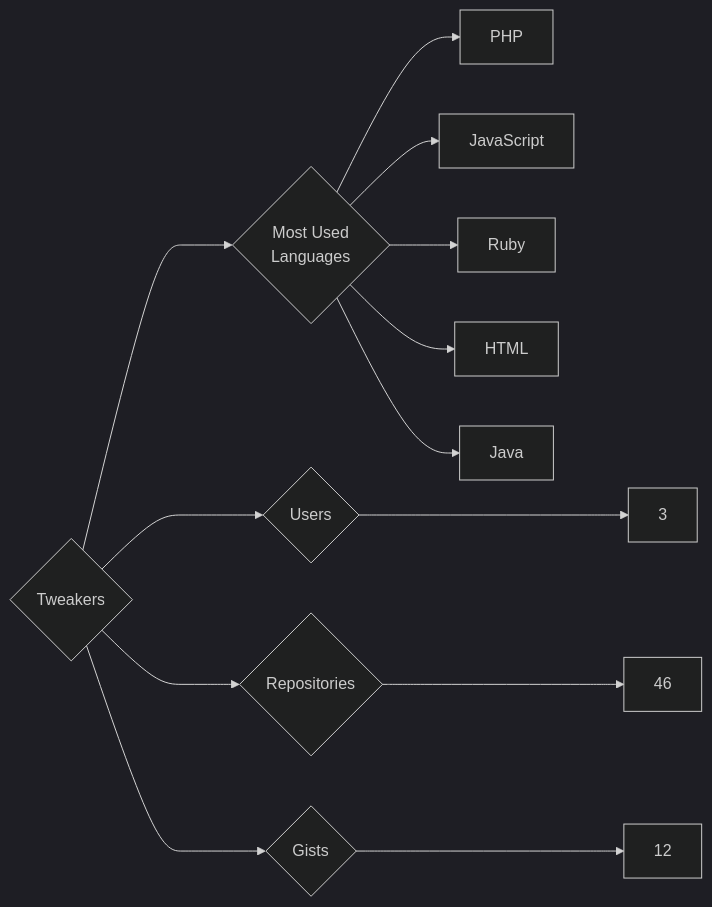
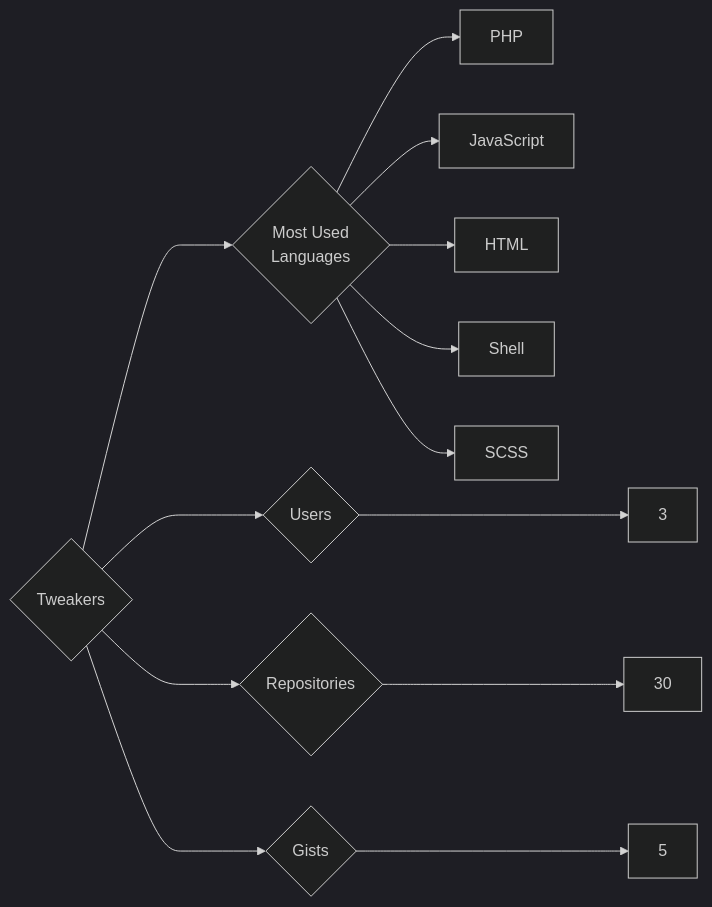
Before and after one commit to trickest/insiders: the diagram in targets/Tweakers/README.md, drawn with Mermaid (dark theme). The commit also changed 582 other files, not shown here.

````diff
--- a/targets/Tweakers/README.md
+++ b/targets/Tweakers/README.md
@@ -3,13 +3,13 @@
 ```mermaid
 graph LR
 COMPANY_NAME{Tweakers}
 COMPANY_NAME ---> U{Users} ---> UN[3]
-COMPANY_NAME ---> R{Repositories} ---> RN[46]
-COMPANY_NAME ---> G{Gists} ---> GN[12]
+COMPANY_NAME ---> R{Repositories} ---> RN[30]
+COMPANY_NAME ---> G{Gists} ---> GN[5]
 COMPANY_NAME ---> ML{Most Used<br>Languages}
 ML --> PHP[PHP]
 ML --> JavaScript[JavaScript]
-ML --> Ruby[Ruby]
 ML --> HTML[HTML]
-ML --> Java[Java]
+ML --> Shell[Shell]
+ML --> SCSS[SCSS]
 ```
````
